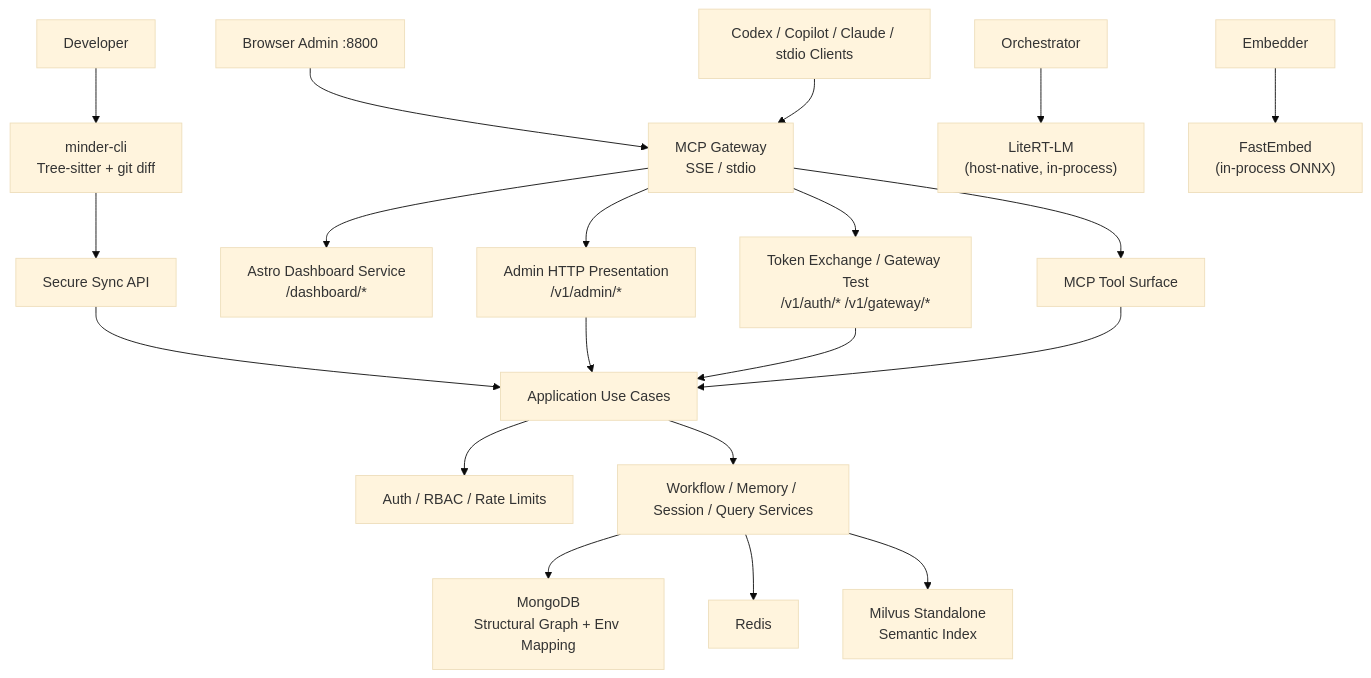
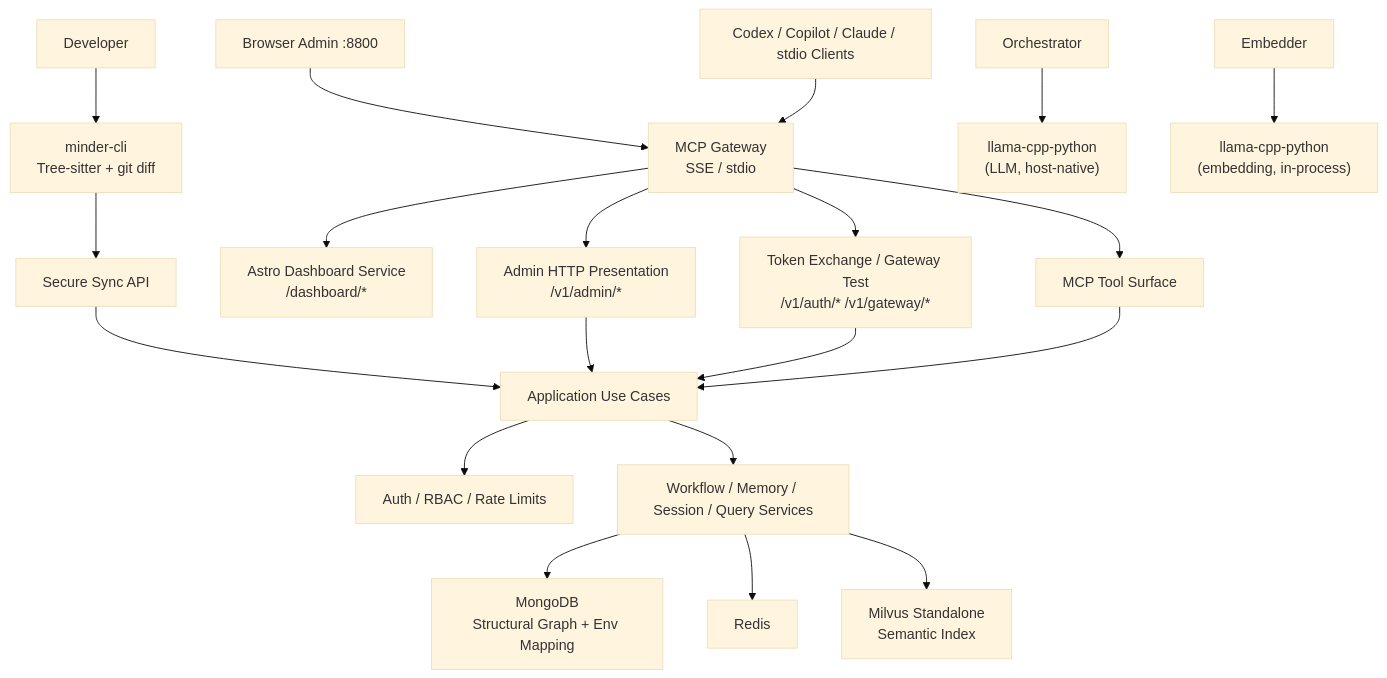
Before and after one commit to hiimtrung/minder: the first of 9 diagrams in docs/architecture/system-design.md, drawn with Mermaid (base theme). The commit also changed other lines of this file and 28 other files, not shown here.

Commit message:
refactor: replace LiteRT-LM and FastEmbed with llama-cpp-python for unified GGUF-based local inference

````diff
--- a/docs/architecture/system-design.md
+++ b/docs/architecture/system-design.md
@@ -48,26 +48,26 @@
 ```mermaid
 flowchart TB
   Dev["Developer"] --> CLI["minder-cli<br/>Tree-sitter + git diff"]
   CLI --> Sync["Secure Sync API"]
 
   Browser["Browser Admin :8800"] --> Gateway["Gateway Proxy"]
   MCP["Codex / Copilot / Claude / stdio Clients"] --> Gateway["MCP Gateway<br/>SSE / stdio"]
 
   Gateway --> Dashboard["Astro Dashboard Service<br/>/dashboard/*"]
   Gateway --> AdminHTTP["Admin HTTP Presentation<br/>/v1/admin/*"]
   Gateway --> TokenHTTP["Token Exchange / Gateway Test<br/>/v1/auth/* /v1/gateway/*"]
   Gateway --> ToolSurface["MCP Tool Surface"]
   Sync --> UseCases["Application Use Cases"]
   AdminHTTP --> UseCases
   TokenHTTP --> UseCases
   ToolSurface --> UseCases
 
   UseCases --> Auth["Auth / RBAC / Rate Limits"]
   UseCases --> Workflow["Workflow / Memory / Session / Query Services"]
 
   Workflow --> Mongo["MongoDB\nStructural Graph + Env Mapping"]
   Workflow --> Redis["Redis"]
   Workflow --> Milvus["Milvus Standalone\nSemantic Index"]
-  Orchestrator --> LiteRT["LiteRT-LM\n(host-native, in-process)"]
-  Embedder --> FastEmbed["FastEmbed\n(in-process ONNX)"]
+  Orchestrator --> LlamaCpp["llama-cpp-python\n(LLM, host-native)"]
+  Embedder --> LlamaCppEmbed["llama-cpp-python\n(embedding, in-process)"]
 ```
````
